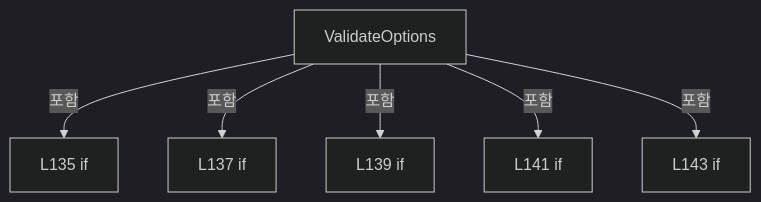
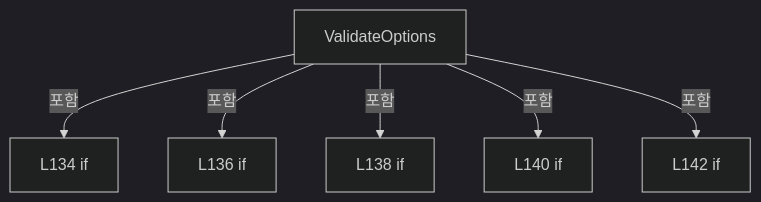
One commit to kjuws10-rgb/Shared changed the ninth of 16 diagrams in A3 LD Code Ref/files/Drilling.Common/Correction/CDefaultOffsetCalibration.cs.md. Above: the diagram before and after it, drawn with Mermaid (dark theme). The commit also changed other lines of this file and 2071 other files, not shown here.

Commit message:
docs(a3): update 11.19.0 architecture and code reference

````diff
--- a/A3 LD Code Ref/files/Drilling.Common/Correction/CDefaultOffsetCalibration.cs.md
+++ b/A3 LD Code Ref/files/Drilling.Common/Correction/CDefaultOffsetCalibration.cs.md
@@ -950,14 +950,14 @@
 ```mermaid
 flowchart TD
  M["ValidateOptions"]
- N0["L135 if"]
+ N0["L134 if"]
  M -->|포함| N0
- N1["L137 if"]
+ N1["L136 if"]
  M -->|포함| N1
- N2["L139 if"]
+ N2["L138 if"]
  M -->|포함| N2
- N3["L141 if"]
+ N3["L140 if"]
  M -->|포함| N3
- N4["L143 if"]
+ N4["L142 if"]
  M -->|포함| N4
 ```
````
